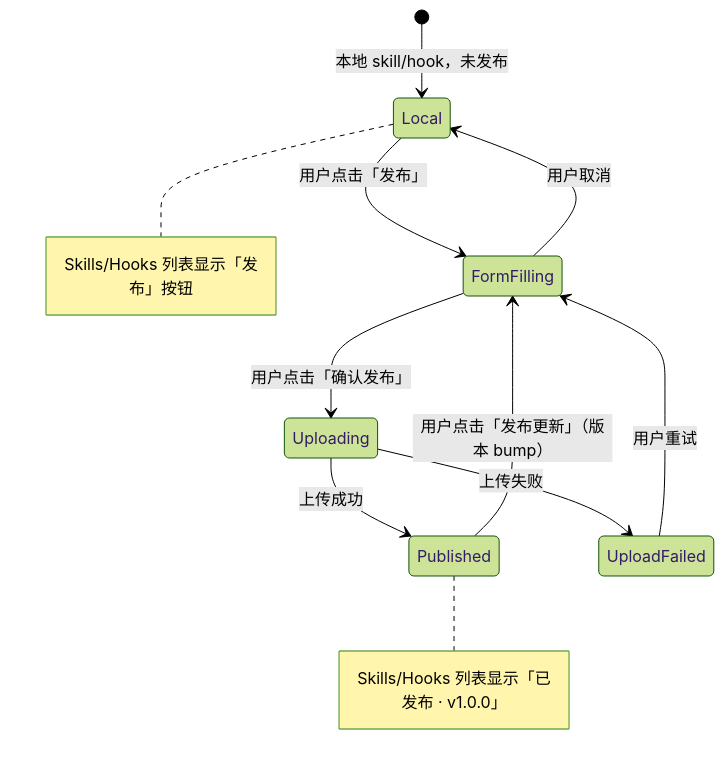
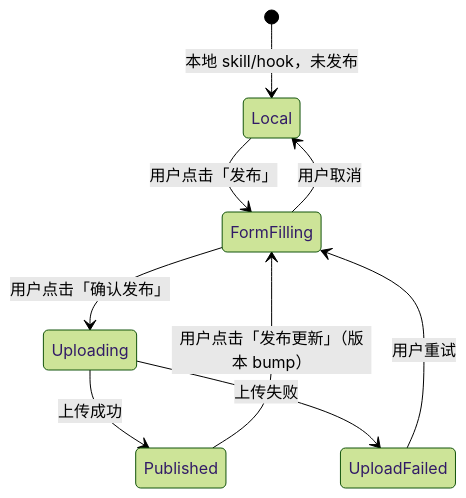
Diagram 25 of 26 in PRD.md (muxvo/muxvo), drawn with Mermaid (forest theme) before and after one commit. The commit also changed other lines of this file, not shown here.

````diff
--- a/PRD.md
+++ b/PRD.md
@@ -968,16 +1034,13 @@
 ```mermaid
 stateDiagram-v2
     [*] --> Local: 本地 skill/hook，未发布
 
     Local --> FormFilling: 用户点击「发布」
     FormFilling --> Uploading: 用户点击「确认发布」
     FormFilling --> Local: 用户取消
     Uploading --> Published: 上传成功
     Uploading --> UploadFailed: 上传失败
 
     Published --> FormFilling: 用户点击「发布更新」（版本 bump）
     UploadFailed --> FormFilling: 用户重试
-
-    note right of Local: Skills/Hooks 列表显示「发布」按钮
-    note right of Published: Skills/Hooks 列表显示「已发布 · v1.0.0」
 ```
````
